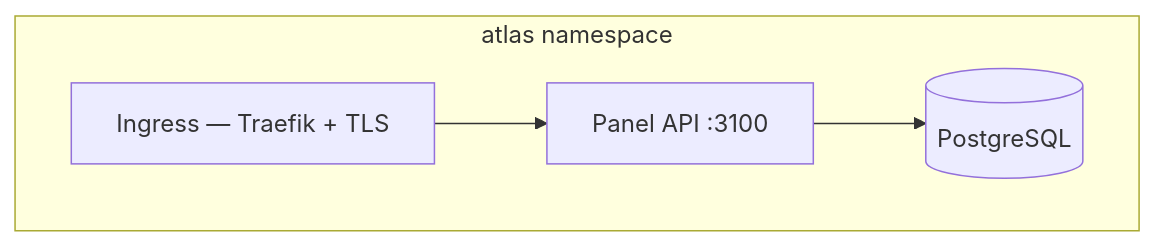
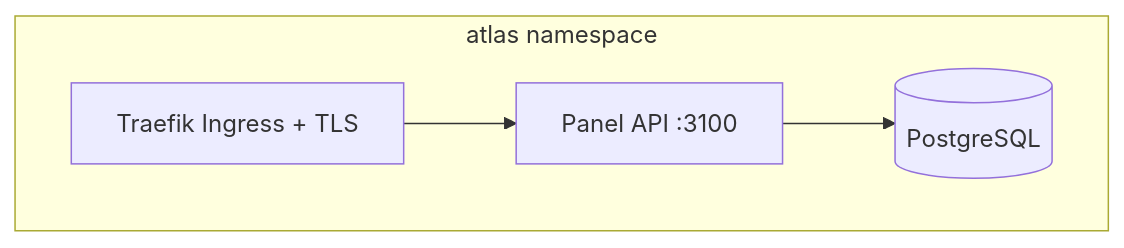
The diagram in apps/docs/content/docs/control-panel/self-hosting.mdx (codeatlasdev/atlas), drawn with Mermaid before and after one commit. The commit also changed other lines of this file and 32 other files, not shown here.

````diff
--- a/apps/docs/content/docs/control-panel/self-hosting.mdx
+++ b/apps/docs/content/docs/control-panel/self-hosting.mdx
@@ -68,10 +17,9 @@
 ```mermaid
 graph TB
     subgraph atlas namespace
         PG[(PostgreSQL)]
         Panel[Panel API :3100]
-        Ing[Ingress — Traefik + TLS]
+        Ing[Traefik Ingress + TLS]
     end
-
     Ing --> Panel --> PG
 ```
````
